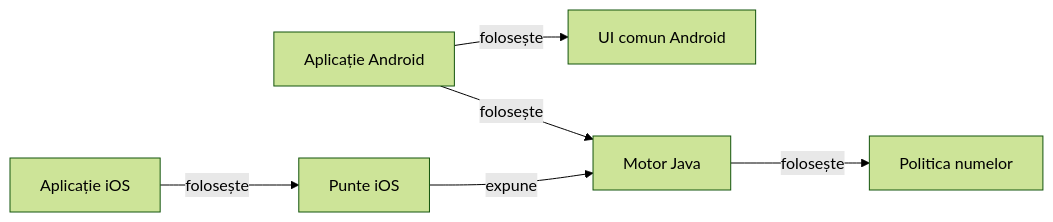
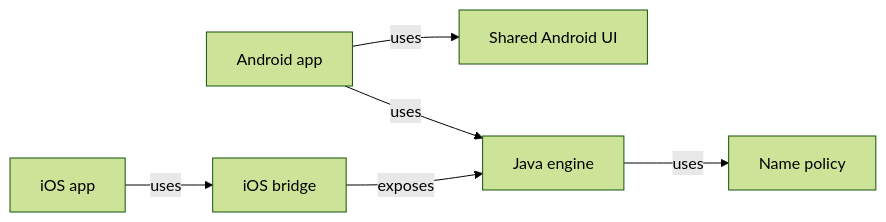
Before and after one commit to crististefanita/atf_j4: the second of 2 diagrams in README.md, drawn with Mermaid (forest theme). The commit also changed other lines of this file and 122 other files, not shown here.

````diff
--- a/README.md
+++ b/README.md
@@ -51,14 +51,14 @@
 ```mermaid
 flowchart LR
-    app[Aplicație Android]
-    atf_card_table_ui[UI comun Android]
-    ios[Aplicație iOS]
-    ios_bridge[Punte iOS]
-    game_core[Motor Java]
-    card_table_names[Politica numelor]
-    app -->|folosește| atf_card_table_ui
-    app -->|folosește| game_core
-    ios -->|folosește| ios_bridge
-    ios_bridge -->|expune| game_core
-    game_core -->|folosește| card_table_names
+    app[Android app]
+    atf_card_table_ui[Shared Android UI]
+    ios[iOS app]
+    ios_bridge[iOS bridge]
+    game_core[Java engine]
+    card_table_names[Name policy]
+    app -->|uses| atf_card_table_ui
+    app -->|uses| game_core
+    ios -->|uses| ios_bridge
+    ios_bridge -->|exposes| game_core
+    game_core -->|uses| card_table_names
 ```
````
